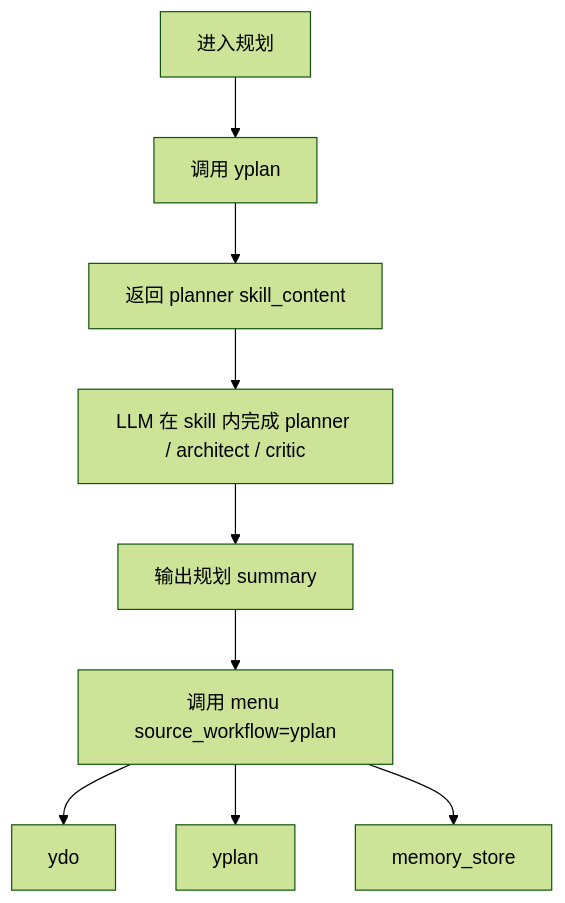
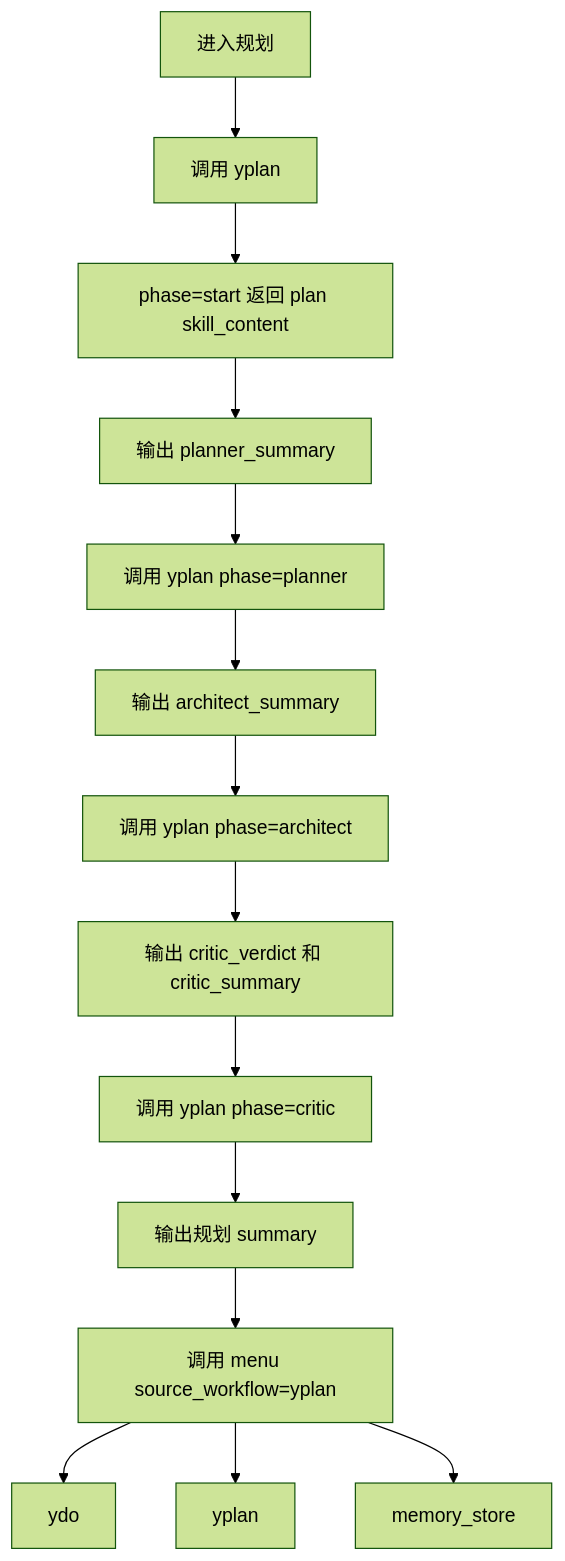
Before and after one commit to CodeyLife/Ymcp: the second of 3 diagrams in docs/current-workflow-flowcharts.md, drawn with Mermaid (forest theme). The commit also changed 13 other files, not shown here.

````diff
--- a/docs/current-workflow-flowcharts.md
+++ b/docs/current-workflow-flowcharts.md
@@ -22,11 +22,16 @@
 ```mermaid
 flowchart TD
     A[进入规划] --> B[调用 yplan]
-    B --> C[返回 planner skill_content]
-    C --> D[LLM 在 skill 内完成 planner / architect / critic]
-    D --> E[输出规划 summary]
-    E --> F[调用 menu source_workflow=yplan]
-    F --> G[ydo]
-    F --> H[yplan]
-    F --> I[memory_store]
+    B --> C[phase=start 返回 plan skill_content]
+    C --> D[输出 planner_summary]
+    D --> E[调用 yplan phase=planner]
+    E --> F[输出 architect_summary]
+    F --> G[调用 yplan phase=architect]
+    G --> H[输出 critic_verdict 和 critic_summary]
+    H --> I[调用 yplan phase=critic]
+    I --> J[输出规划 summary]
+    J --> K[调用 menu source_workflow=yplan]
+    K --> L[ydo]
+    K --> M[yplan]
+    K --> N[memory_store]
 ```
````
